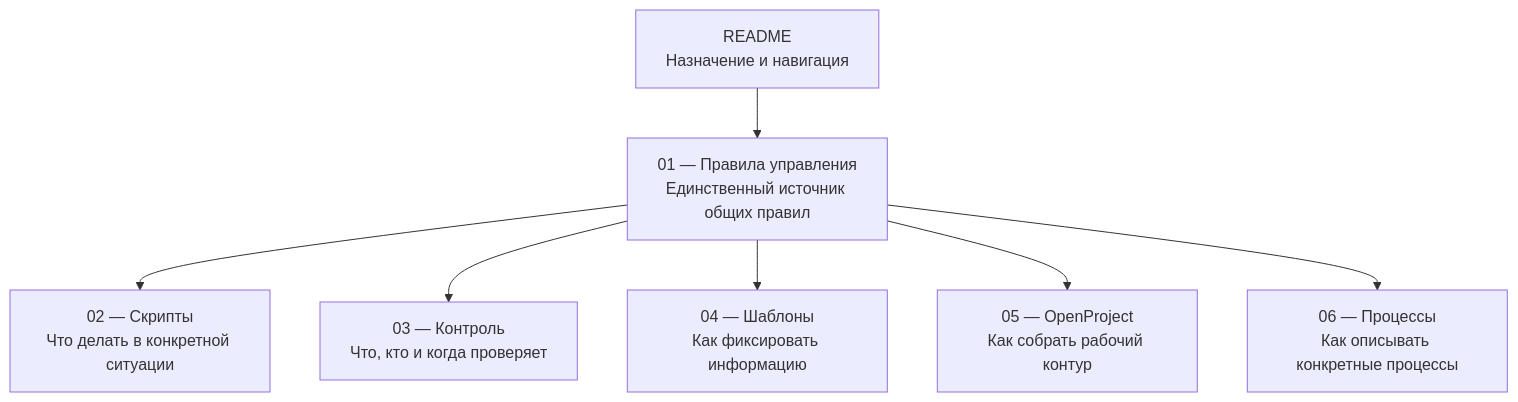
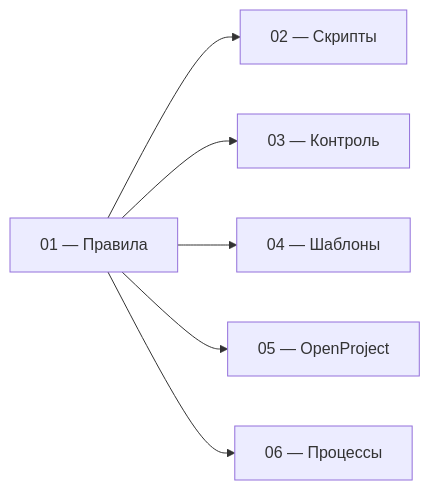
Before and after one commit to lazuale/department: the diagram in README.md, drawn with Mermaid. The commit also changed other lines of this file, not shown here.

````diff
--- a/README.md
+++ b/README.md
@@ -21,9 +28,8 @@
 ```mermaid
-flowchart TD
-    A[README\nНазначение и навигация] --> B[01 — Правила управления\nЕдинственный источник общих правил]
-    B --> C[02 — Скрипты\nЧто делать в конкретной ситуации]
-    B --> D[03 — Контроль\nЧто, кто и когда проверяет]
-    B --> E[04 — Шаблоны\nКак фиксировать информацию]
-    B --> F[05 — OpenProject\nКак собрать рабочий контур]
-    B --> G[06 — Процессы\nКак описывать конкретные процессы]
+flowchart LR
+    R[01 — Правила] --> S[02 — Скрипты]
+    R --> C[03 — Контроль]
+    R --> T[04 — Шаблоны]
+    R --> O[05 — OpenProject]
+    R --> P[06 — Процессы]
 ```
````
